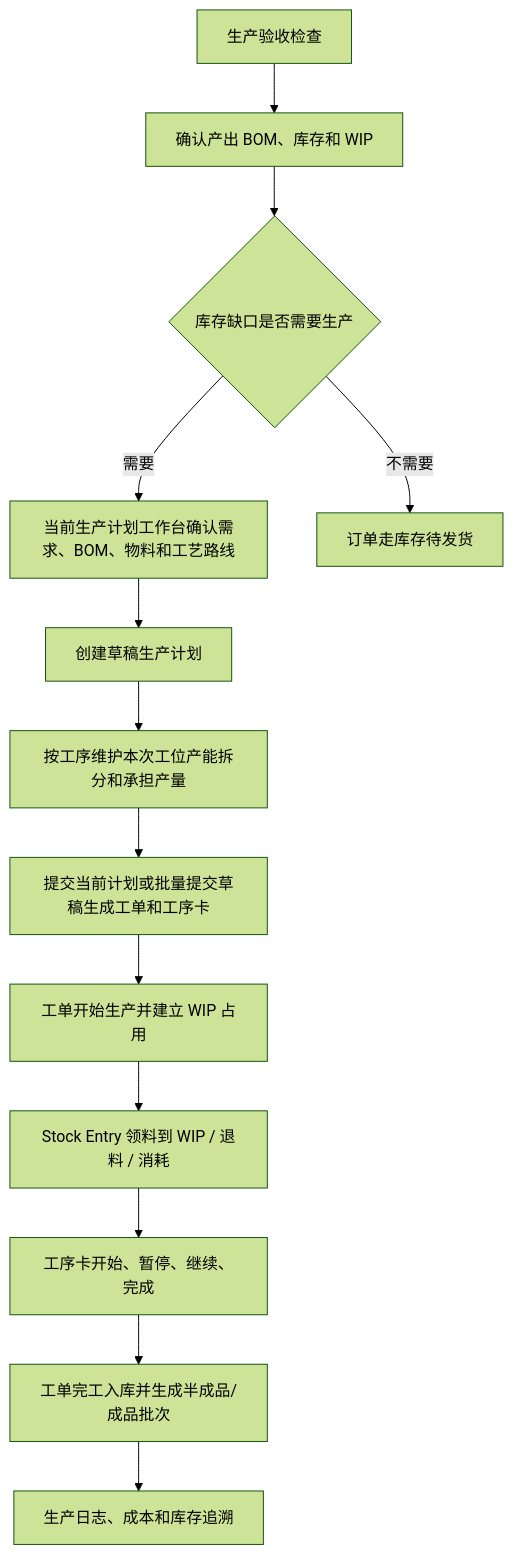
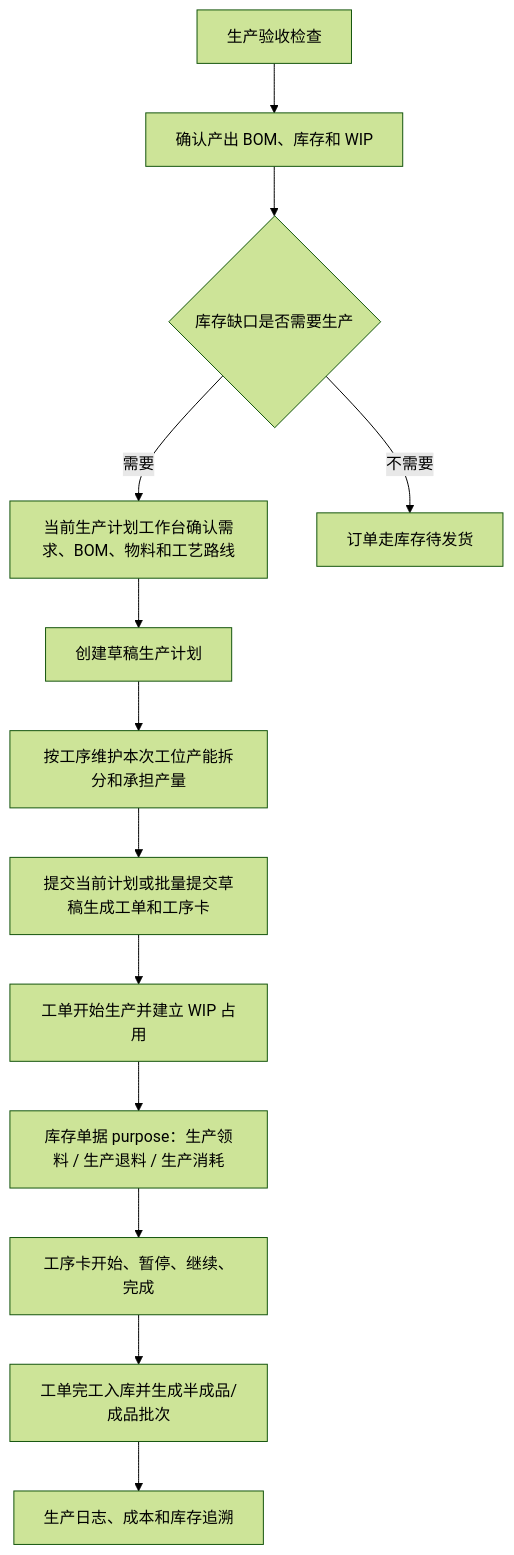
The diagram in orderapp-remote/docs/OP_MANUAL_PRODUCTION.md (Backstage2539/KFerp), drawn with Mermaid (forest theme) before and after one commit. The commit also changed other lines of this file and 26 other files, not shown here.

Commit message:
feat: make work orders own production inventory flow

````diff
--- a/orderapp-remote/docs/OP_MANUAL_PRODUCTION.md
+++ b/orderapp-remote/docs/OP_MANUAL_PRODUCTION.md
@@ -16,15 +16,15 @@
 ```mermaid
 flowchart TD
   A["生产验收检查"] --> B["确认产出 BOM、库存和 WIP"]
   B --> C{"库存缺口是否需要生产"}
   C -->|需要| D["当前生产计划工作台确认需求、BOM、物料和工艺路线"]
   C -->|不需要| E["订单走库存待发货"]
   D --> F["创建草稿生产计划"]
   F --> M["按工序维护本次工位产能拆分和承担产量"]
   M --> J["提交当前计划或批量提交草稿生成工单和工序卡"]
   J --> I["工单开始生产并建立 WIP 占用"]
-  I --> K["Stock Entry 领料到 WIP / 退料 / 消耗"]
+  I --> K["库存单据 purpose：生产领料 / 生产退料 / 生产消耗"]
   K --> L["工序卡开始、暂停、继续、完成"]
   L --> G["工单完工入库并生成半成品/成品批次"]
   G --> H["生产日志、成本和库存追溯"]
 ```
````
